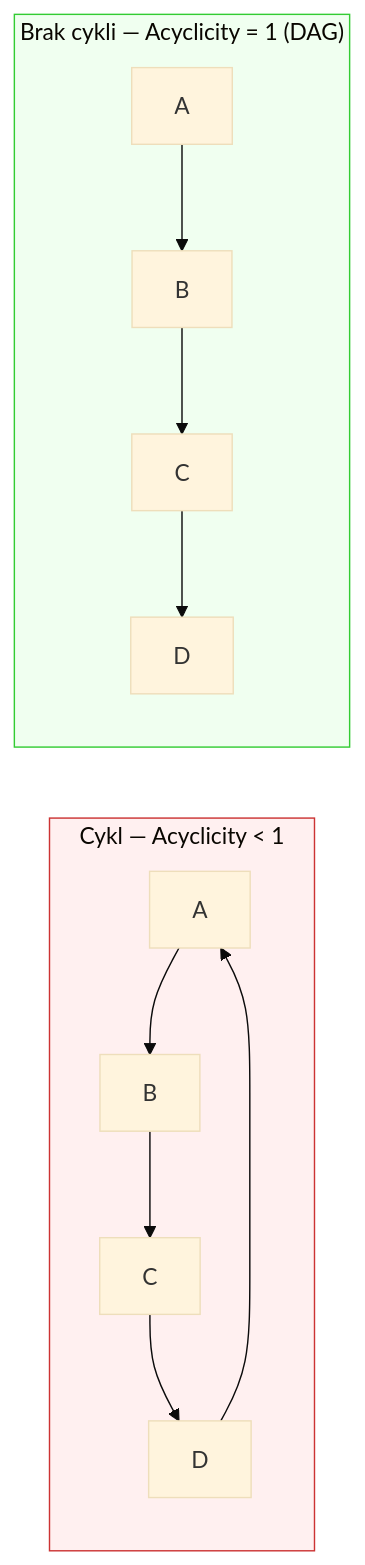
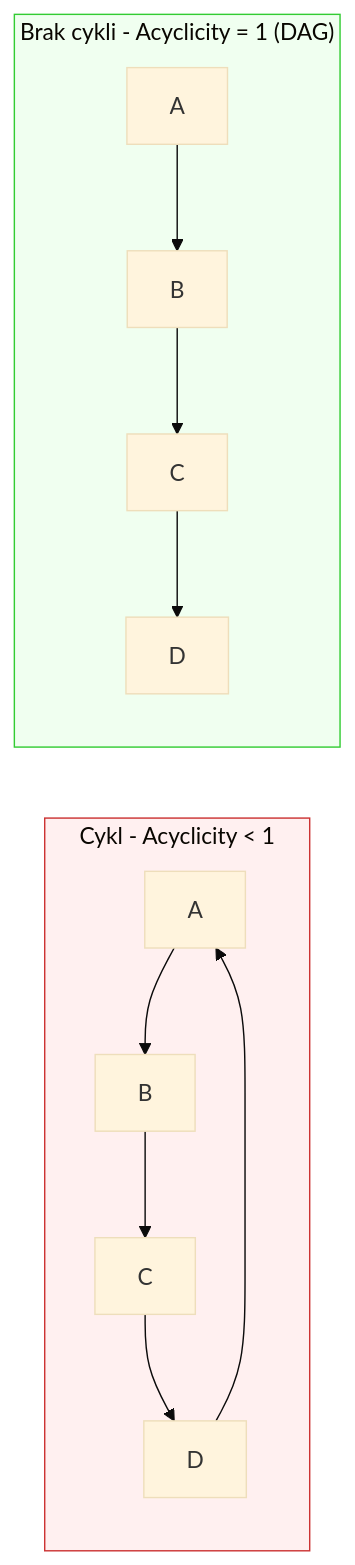
Before and after one commit to PiotrGry/qse-pkg: the ninth of 14 diagrams in artifacts/qse_podrecznik.md, drawn with Mermaid (base theme). The commit also changed other lines of this file and 46 other files, not shown here.

````diff
--- a/artifacts/qse_podrecznik.md
+++ b/artifacts/qse_podrecznik.md
@@ -1163,13 +1163,13 @@
 ```mermaid
 graph LR
-    subgraph bad["Cykl — Acyclicity < 1"]
+    subgraph bad["Cykl - Acyclicity < 1"]
         CA[A] --> CB[B] --> CC[C] --> CD[D] --> CA
     end
-    subgraph good["Brak cykli — Acyclicity = 1 (DAG)"]
+    subgraph good["Brak cykli - Acyclicity = 1 (DAG)"]
         GA[A] --> GB[B]
         GC[C] --> GD[D]
         GB --> GC
     end
     style bad fill:#fff0f0,stroke:#cc3333
     style good fill:#f0fff0,stroke:#33cc33
 ```
````
